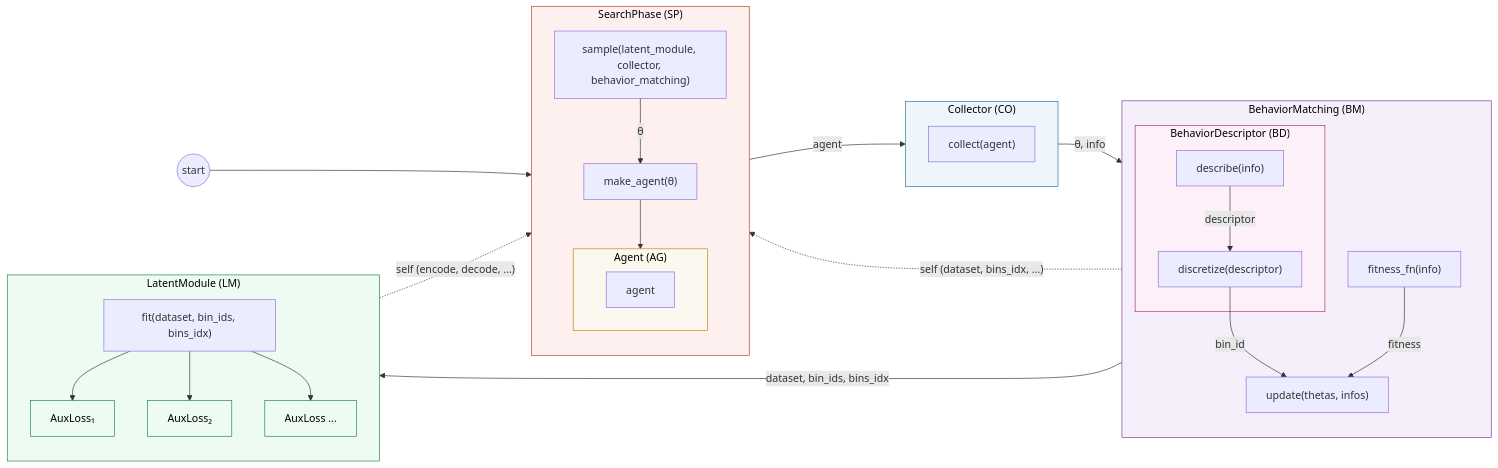
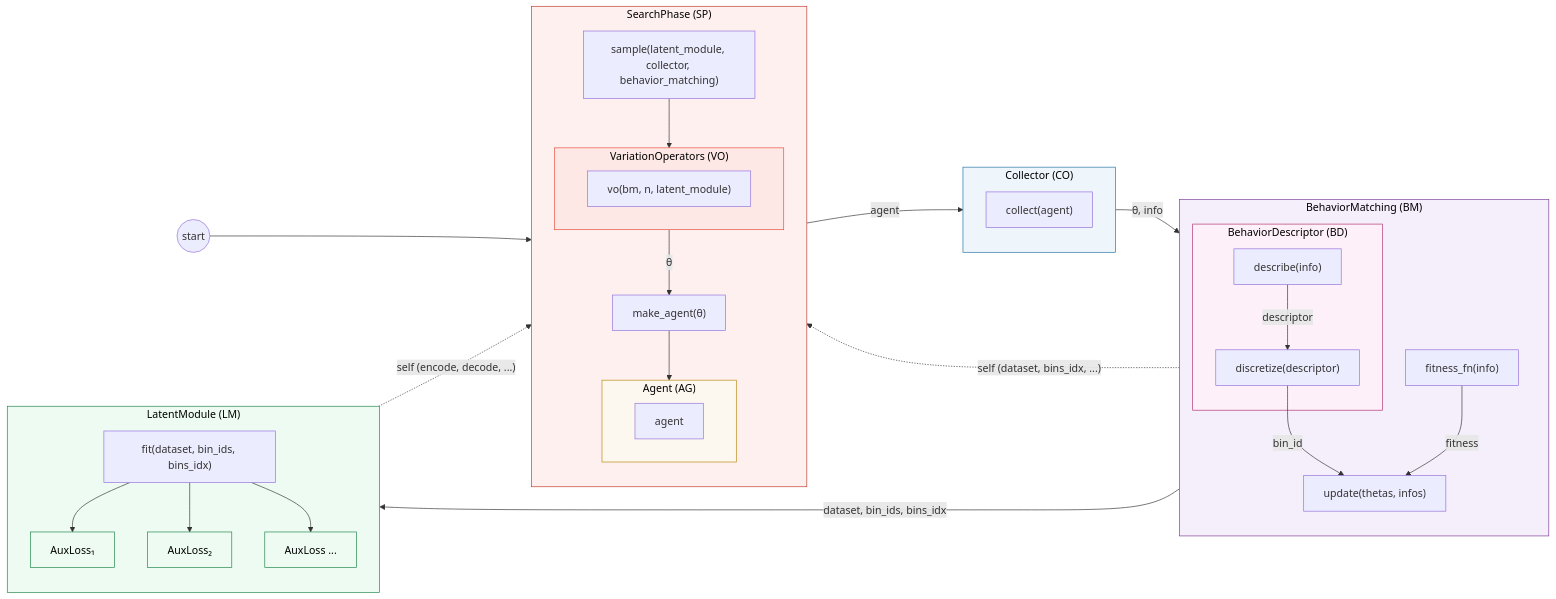
Before and after one commit to yugoguy/org: the second of 3 diagrams in README.md, drawn with Mermaid. The commit also changed other lines of this file, not shown here.

````diff
--- a/README.md
+++ b/README.md
@@ -64,53 +69,58 @@
 ```mermaid
 flowchart LR
     START(("start"))
 
     subgraph SP["SearchPhase (SP)"]
         direction TB
         sample["sample(latent_module, collector, behavior_matching)"]
-        sample -->|"θ"| make_agent["make_agent(θ)"]
+        subgraph VOs2["VariationOperators (VO)"]
+            vo2["vo(bm, n, latent_module)"]
+        end
+        sample --> VOs2
+        VOs2 -->|"θ"| make_agent["make_agent(θ)"]
         subgraph AG2["Agent (AG)"]
             agent2["agent"]
         end
         make_agent --> AG2
     end
 
     subgraph CO["Collector (CO)"]
         collect2["collect(agent)"]
     end
 
     subgraph BM["BehaviorMatching (BM)"]
         direction TB
         subgraph BD2["BehaviorDescriptor (BD)"]
             describe2["describe(info)"]
             describe2 -->|"descriptor"| discretize2["discretize(descriptor)"]
         end
         fitness_fn2["fitness_fn(info)"]
         discretize2 -->|"bin_id"| update2["update(thetas, infos)"]
         fitness_fn2 -->|"fitness"| update2
     end
 
     subgraph LM["LatentModule (LM)"]
         fit["fit(dataset, bin_ids, bins_idx)"]
         fit --> AL1["AuxLoss₁"]
         fit --> AL2["AuxLoss₂"]
         fit --> ALn["AuxLoss ..."]
     end
 
     START --> SP
     SP -->|"agent"| CO
     CO -->|"θ, info"| BM
     BM -->|"dataset, bin_ids, bins_idx"| LM
     LM -.->|"self (encode, decode, ...)"| SP
     BM -.->|"self (dataset, bins_idx, ...)"| SP
 
     style SP fill:#fdf0ef,stroke:#c0392b,color:#000
     style CO fill:#eef5fb,stroke:#2471a3,color:#000
     style BM fill:#f5eefb,stroke:#7d3c98,color:#000
     style BD2 fill:#fdf0f8,stroke:#b03070,color:#000
     style LM fill:#eefbf2,stroke:#1e8449,color:#000
     style AG2 fill:#fdf8ef,stroke:#b8860b,color:#000
+    style VOs2 fill:#fde8e5,stroke:#e74c3c,color:#000
     style AL1 fill:#eefbf2,stroke:#1e8449,color:#000
     style AL2 fill:#eefbf2,stroke:#1e8449,color:#000
     style ALn fill:#eefbf2,stroke:#1e8449,color:#000
 ```
````
